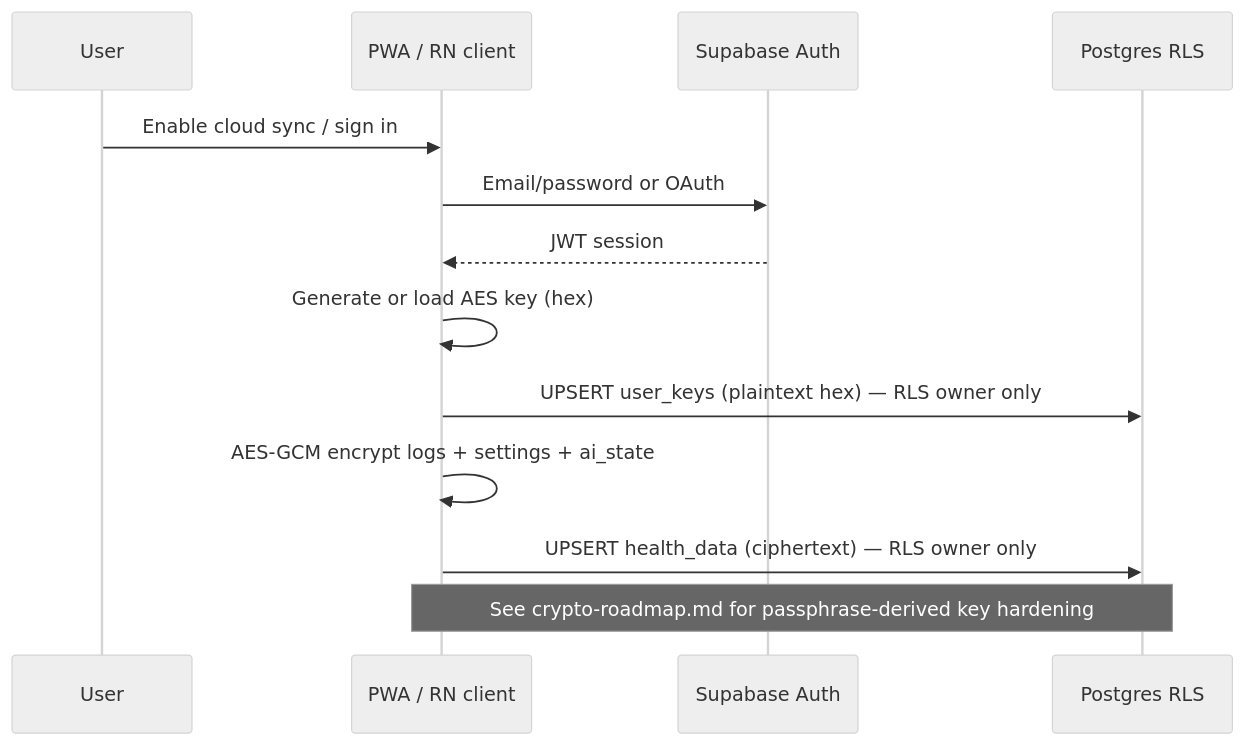
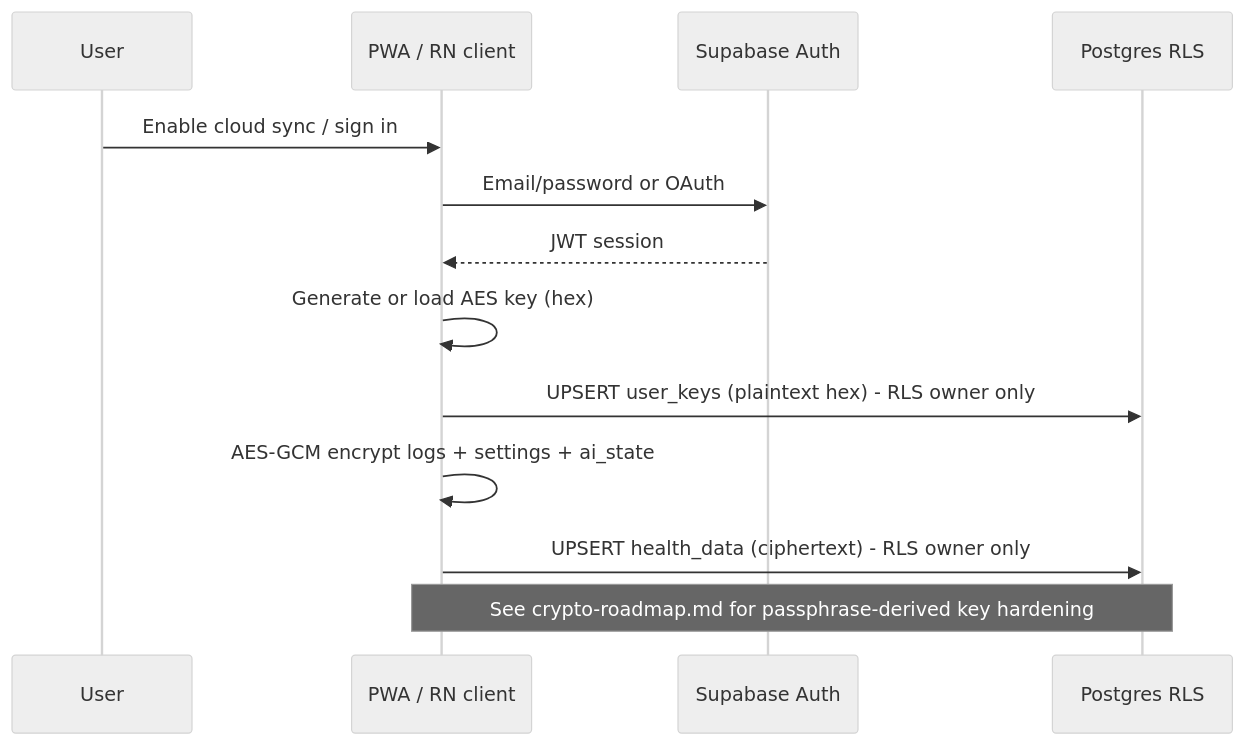
One commit to Metaheurist/Rianell changed the second of 5 diagrams in docs/threat-model.md. Above: the diagram before and after it, drawn with Mermaid (neutral theme). The commit also changed other lines of this file and 294 other files, not shown here.

````diff
--- a/docs/threat-model.md
+++ b/docs/threat-model.md
@@ -116,16 +116,16 @@
 ```mermaid
 sequenceDiagram
   participant U as User
   participant C as PWA / RN client
   participant S as Supabase Auth
   participant DB as Postgres RLS
 
   U->>C: Enable cloud sync / sign in
   C->>S: Email/password or OAuth
   S-->>C: JWT session
   C->>C: Generate or load AES key (hex)
-  C->>DB: UPSERT user_keys (plaintext hex) — RLS owner only
+  C->>DB: UPSERT user_keys (plaintext hex) - RLS owner only
   C->>C: AES-GCM encrypt logs + settings + ai_state
-  C->>DB: UPSERT health_data (ciphertext) — RLS owner only
+  C->>DB: UPSERT health_data (ciphertext) - RLS owner only
   Note over C,DB: See crypto-roadmap.md for passphrase-derived key hardening
 ```
````
